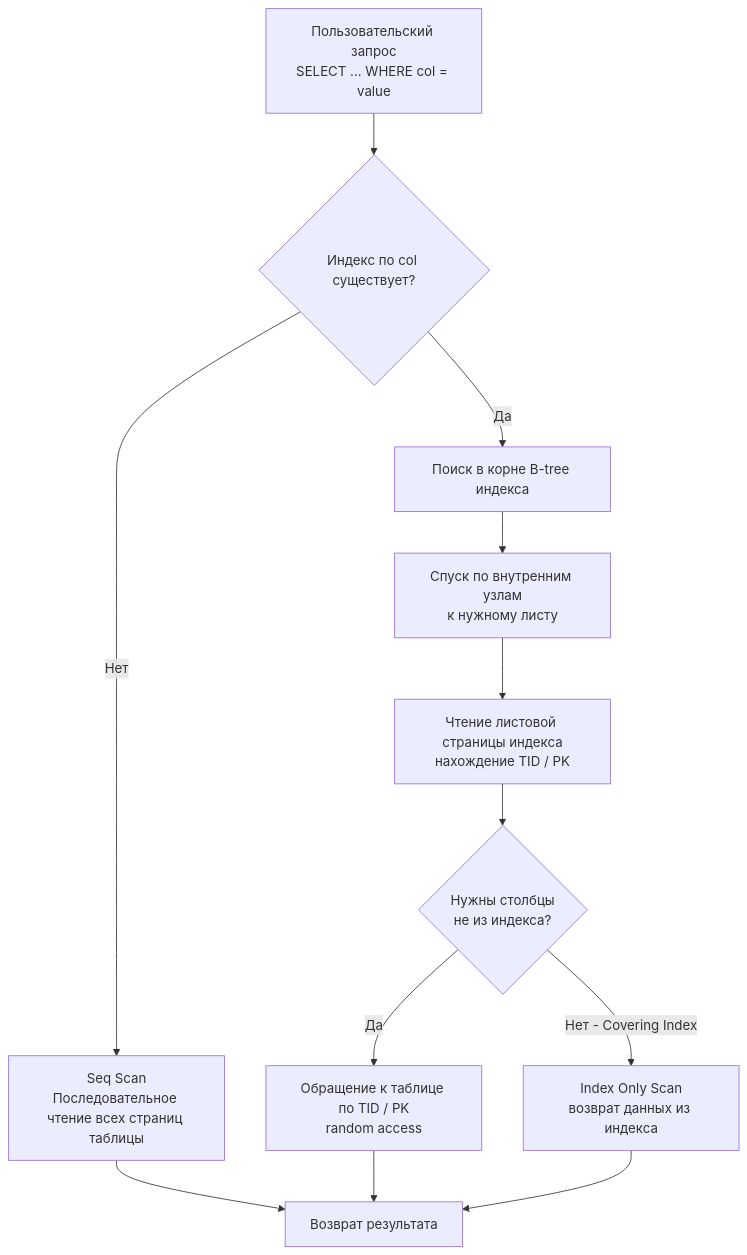
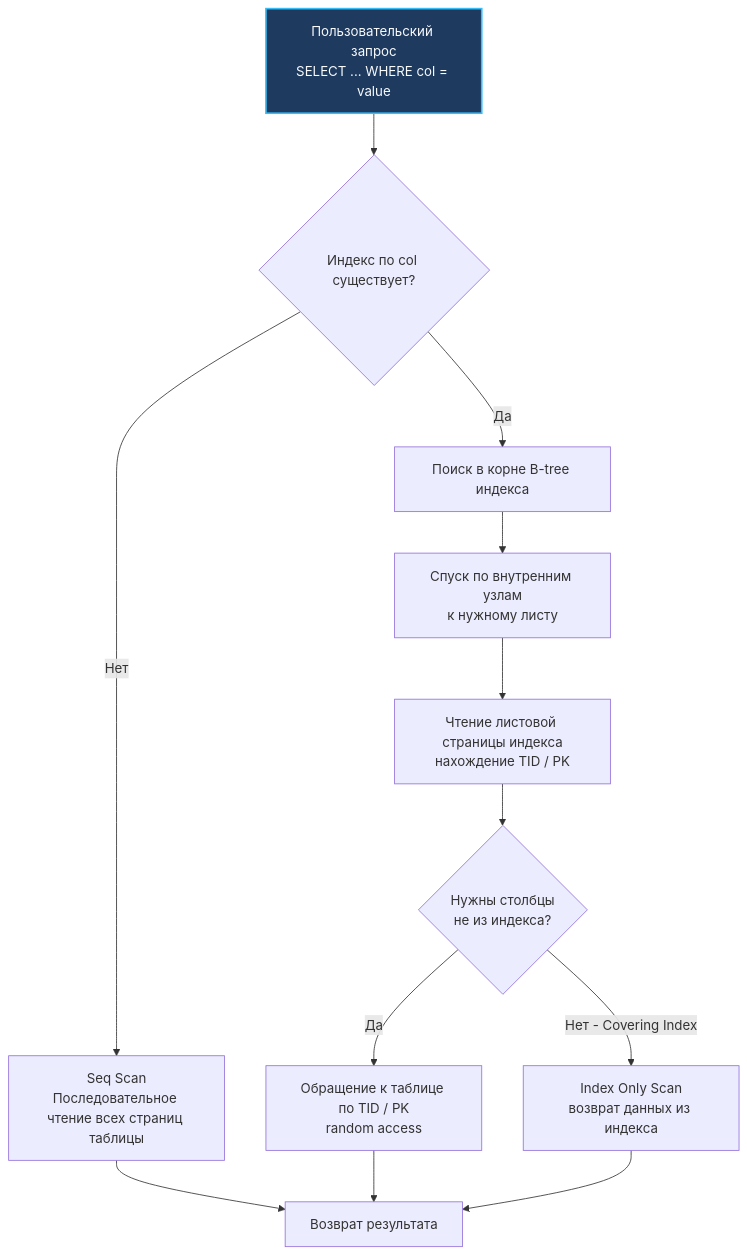
One commit to UnrealTemplier/go-textbook changed the diagram in sources/12. Базы данных/04. Индексы и производительность/1. Что такое индекс и зачем он нужен.md. Above: the diagram before and after it, drawn with Mermaid. The commit also changed 1666 other files, not shown here.

First line of the commit message:
feat(mermaid): add semantic color classDef to 1369 colorless flowchart/graph diagrams

````diff
--- a/sources/12. Базы данных/04. Индексы и производительность/1. Что такое индекс и зачем он нужен.md
+++ b/sources/12. Базы данных/04. Индексы и производительность/1. Что такое индекс и зачем он нужен.md
@@ -49,14 +49,24 @@
 ```mermaid
 flowchart TD
-    A["Пользовательский запрос<br>SELECT ... WHERE col = value"] --> B{"Индекс по col существует?"}
+    classDef process  fill:#1e293b,stroke:#38bdf8,stroke-width:1px,color:#f8fafc
+    classDef success  fill:#064e3b,stroke:#34d399,stroke-width:1px,color:#f8fafc
+    classDef error    fill:#7f1d1d,stroke:#f87171,stroke-width:1px,color:#f8fafc
+    classDef warning  fill:#78350f,stroke:#fbbf24,stroke-width:1px,color:#f8fafc
+    classDef entry    fill:#1e3a5f,stroke:#38bdf8,stroke-width:2px,color:#f8fafc
+    classDef aux      fill:#334155,stroke:#64748b,stroke-width:1px,color:#f8fafc
+    classDef system   fill:#312e81,stroke:#a78bfa,stroke-width:1px,color:#f8fafc
+    classDef data     fill:#132d29,stroke:#2dd4bf,stroke-width:1px,color:#f8fafc
+    classDef network  fill:#881337,stroke:#fb7185,stroke-width:1px,color:#f8fafc
+    classDef accent   fill:#1e1b4b,stroke:#818cf8,stroke-width:1px,color:#f8fafc
+    A["Пользовательский запрос<br>SELECT ... WHERE col = value"]:::entry --> B{"Индекс по col существует?"}
     B -->|Нет| C["Seq Scan<br>Последовательное чтение всех страниц таблицы"]
     B -->|Да| D["Поиск в корне B-tree индекса"]
     D --> E["Спуск по внутренним узлам<br>к нужному листу"]
     E --> F["Чтение листовой страницы индекса<br>нахождение TID / PK"]
     F --> G{"Нужны столбцы<br>не из индекса?"}
     G -->|Да| H["Обращение к таблице по TID / PK<br>random access"]
     G -->|Нет - Covering Index| I["Index Only Scan<br>возврат данных из индекса"]
     C --> J["Возврат результата"]
     H --> J
     I --> J
 ```
````
